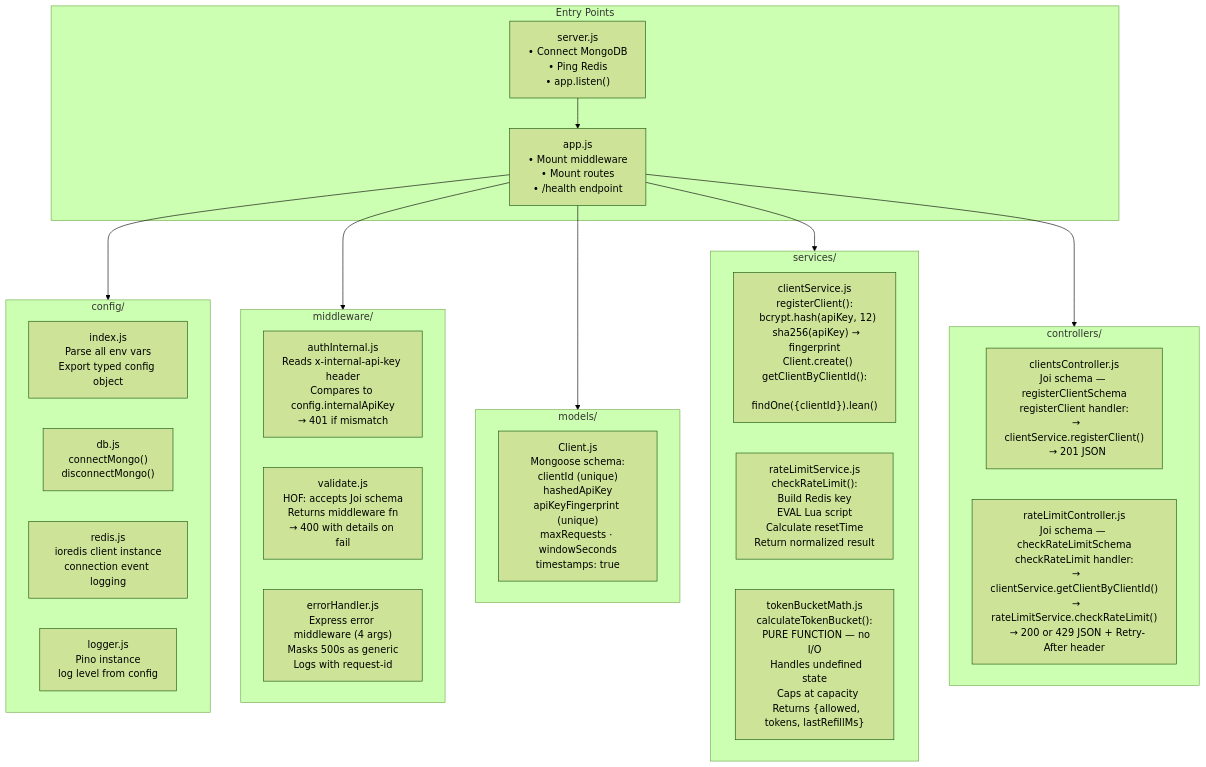
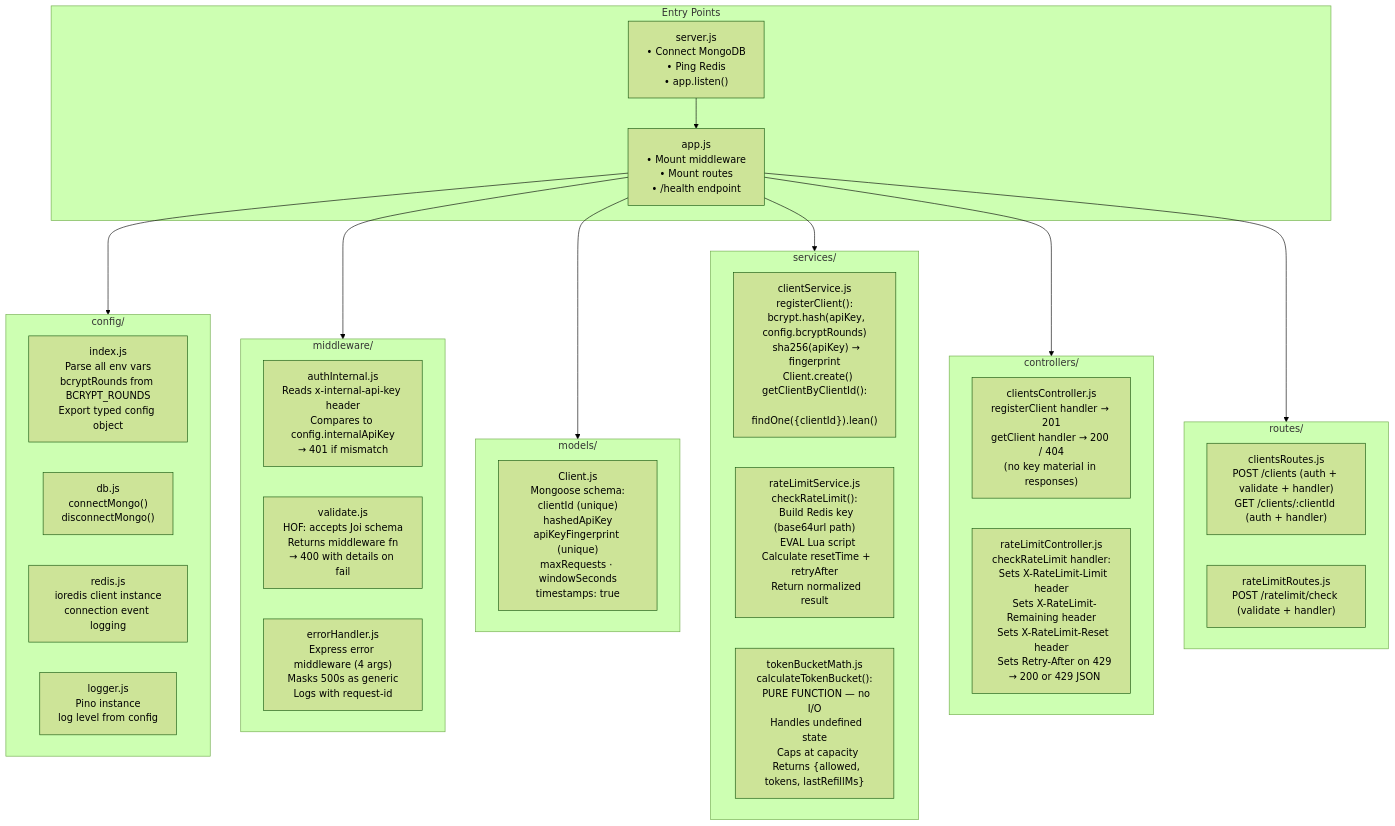
One commit to ramalokeshreddyp/RateGuard changed the fourth of 17 diagrams in ARCHITECTURE.md. Above: the diagram before and after it, drawn with Mermaid (forest theme). The commit also changed other lines of this file and 2 other files, not shown here.

Commit message:
docs: comprehensive rewrite of README, ARCHITECTURE, and projectdocumentation (v2.0) - 43 tests, GET /clients/:id, X-RateLimit-* headers, BCRYPT_ROUNDS, ioredis-mock, .dockerignore

````diff
--- a/ARCHITECTURE.md
+++ b/ARCHITECTURE.md
@@ -165,37 +178,42 @@
 ```mermaid
 flowchart TD
     subgraph entry["Entry Points"]
         SRV["server.js\n• Connect MongoDB\n• Ping Redis\n• app.listen()"]
         APP["app.js\n• Mount middleware\n• Mount routes\n• /health endpoint"]
     end
 
     subgraph cfg["config/"]
-        CI["index.js\nParse all env vars\nExport typed config object"]
+        CI["index.js\nParse all env vars\nbcryptRounds from BCRYPT_ROUNDS\nExport typed config object"]
         DB["db.js\nconnectMongo()\ndisconnectMongo()"]
         RD["redis.js\nioredis client instance\nconnection event logging"]
         LG["logger.js\nPino instance\nlog level from config"]
     end
 
     subgraph mw["middleware/"]
         AU["authInternal.js\nReads x-internal-api-key header\nCompares to config.internalApiKey\n→ 401 if mismatch"]
         VL["validate.js\nHOF: accepts Joi schema\nReturns middleware fn\n→ 400 with details on fail"]
         EH["errorHandler.js\nExpress error middleware (4 args)\nMasks 500s as generic\nLogs with request-id"]
     end
 
     subgraph mdl["models/"]
         CL["Client.js\nMongoose schema:\nclientId (unique)\nhashedApiKey\napiKeyFingerprint (unique)\nmaxRequests · windowSeconds\ntimestamps: true"]
     end
 
     subgraph svc["services/"]
-        CSS["clientService.js\nregisterClient():\n  bcrypt.hash(apiKey, 12)\n  sha256(apiKey) → fingerprint\n  Client.create()\ngetClientByClientId():\n  findOne({clientId}).lean()"]
-        RLS["rateLimitService.js\ncheckRateLimit():\n  Build Redis key\n  EVAL Lua script\n  Calculate resetTime\n  Return normalized result"]
+        CSS["clientService.js\nregisterClient():\n  bcrypt.hash(apiKey, config.bcryptRounds)\n  sha256(apiKey) → fingerprint\n  Client.create()\ngetClientByClientId():\n  findOne({clientId}).lean()"]
+        RLS["rateLimitService.js\ncheckRateLimit():\n  Build Redis key (base64url path)\n  EVAL Lua script\n  Calculate resetTime + retryAfter\n  Return normalized result"]
         TBM["tokenBucketMath.js\ncalculateTokenBucket():\n  PURE FUNCTION — no I/O\n  Handles undefined state\n  Caps at capacity\n  Returns {allowed, tokens, lastRefillMs}"]
     end
 
     subgraph ctrl["controllers/"]
-        CC["clientsController.js\nJoi schema — registerClientSchema\nregisterClient handler:\n  → clientService.registerClient()\n  → 201 JSON"]
-        RC["rateLimitController.js\nJoi schema — checkRateLimitSchema\ncheckRateLimit handler:\n  → clientService.getClientByClientId()\n  → rateLimitService.checkRateLimit()\n  → 200 or 429 JSON + Retry-After header"]
+        CC["clientsController.js\nregisterClient handler → 201\ngetClient handler → 200 / 404\n(no key material in responses)"]
+        RC["rateLimitController.js\ncheckRateLimit handler:\n  Sets X-RateLimit-Limit header\n  Sets X-RateLimit-Remaining header\n  Sets X-RateLimit-Reset header\n  Sets Retry-After on 429\n  → 200 or 429 JSON"]
     end
 
-    SRV --> APP --> cfg & mw & mdl & svc & ctrl
+    subgraph rts["routes/"]
+        RTS["clientsRoutes.js\nPOST /clients (auth + validate + handler)\nGET /clients/:clientId (auth + handler)"]
+        RTR["rateLimitRoutes.js\nPOST /ratelimit/check (validate + handler)"]
+    end
+
+    SRV --> APP --> cfg & mw & mdl & svc & ctrl & rts
 ```
````
